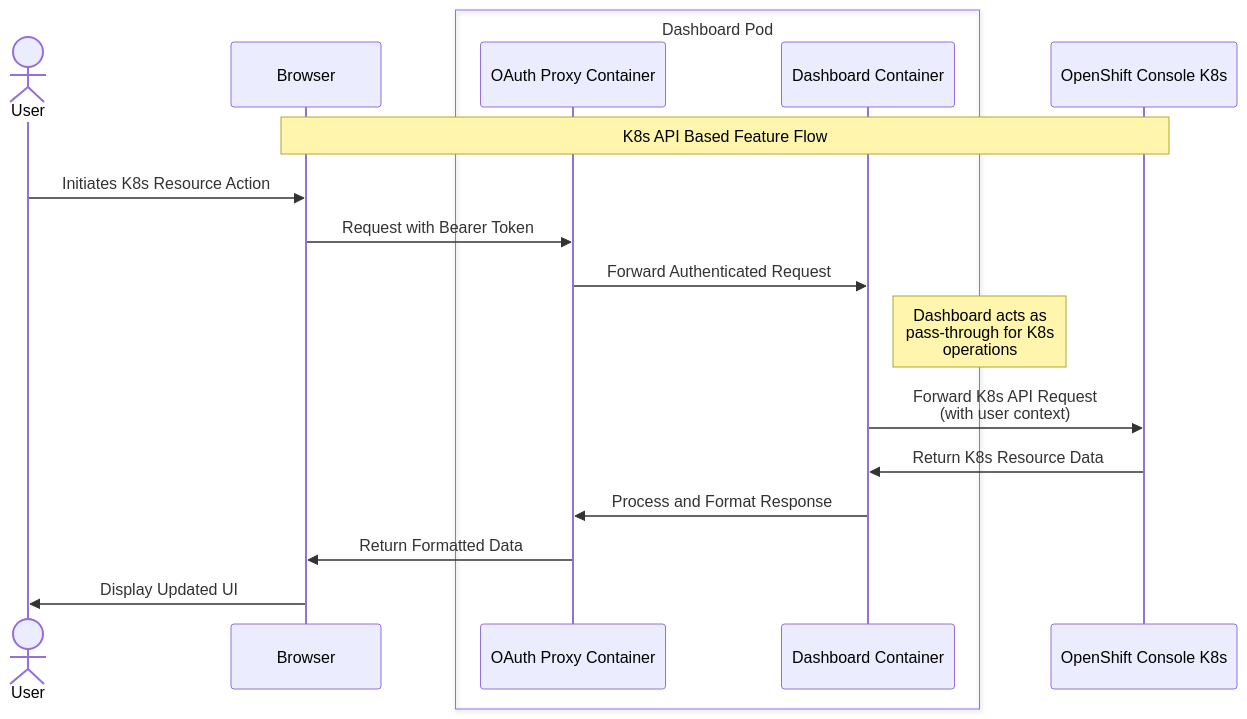
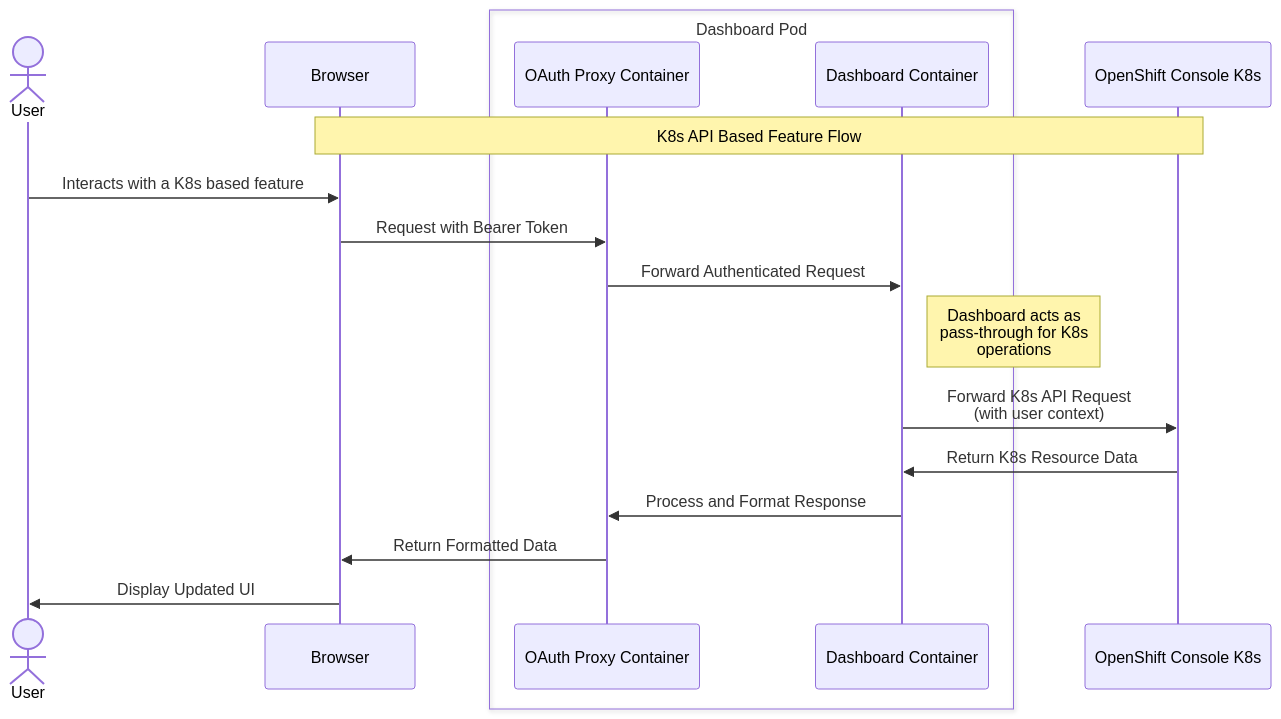
Before and after one commit to opendatahub-io/architecture-decision-records: the third of 4 diagrams in documentation/components/dashboard/README.md, drawn with Mermaid.

````diff
--- a/documentation/components/dashboard/README.md
+++ b/documentation/components/dashboard/README.md
@@ -88,24 +88,24 @@
 ```mermaid
 sequenceDiagram
     actor User
     participant Browser
     box Dashboard Pod
     participant OAuthProxy as OAuth Proxy Container
     participant Dashboard as Dashboard Container
     end
     participant OpenShift as OpenShift Console K8s
 
     Note over Browser,OpenShift: K8s API Based Feature Flow
     
-    User->>Browser: Initiates K8s Resource Action
+    User->>Browser: Interacts with a K8s based feature
     Browser->>OAuthProxy: Request with Bearer Token
     OAuthProxy->>Dashboard: Forward Authenticated Request
     
     Note right of Dashboard: Dashboard acts as<br/>pass-through for K8s<br/>operations
     
     Dashboard->>OpenShift: Forward K8s API Request<br/>(with user context)
     OpenShift->>Dashboard: Return K8s Resource Data
     Dashboard->>OAuthProxy: Process and Format Response
     OAuthProxy->>Browser: Return Formatted Data
     Browser->>User: Display Updated UI
 ```
````
